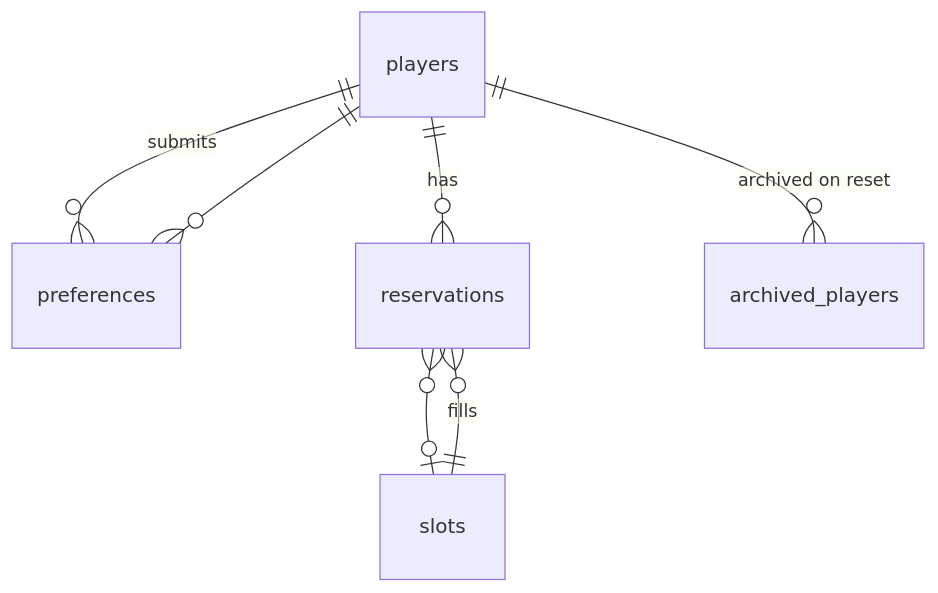
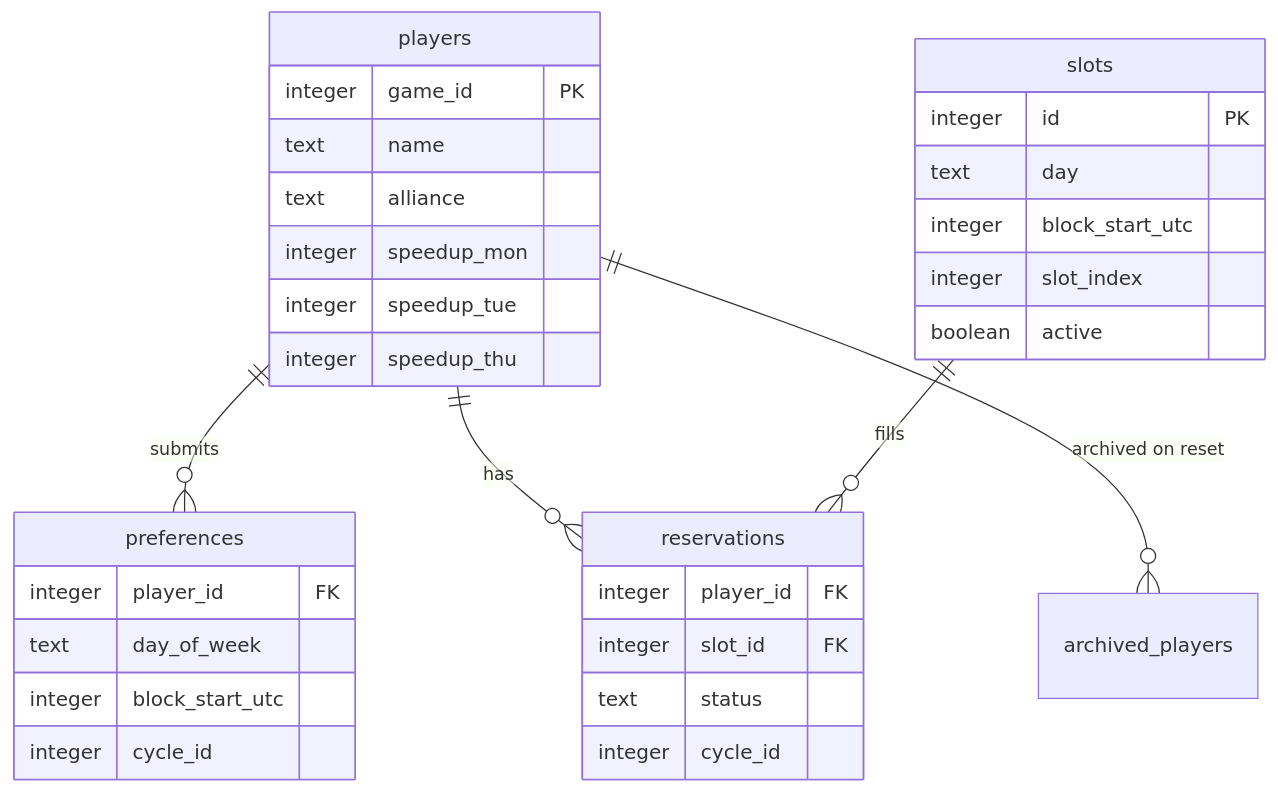
One commit to SxxM131/wos1234 changed the third of 7 diagrams in docs/RESERVATION_SYSTEM.md. Above: the diagram before and after it, drawn with Mermaid. The commit also changed other lines of this file and 2 other files, not shown here.

````diff
--- a/docs/RESERVATION_SYSTEM.md
+++ b/docs/RESERVATION_SYSTEM.md
@@ -171,9 +122,35 @@
 ```mermaid
 erDiagram
   players ||--o{ preferences : submits
   players ||--o{ reservations : has
   slots ||--o{ reservations : fills
-  preferences }o--|| players : ""
-  reservations }o--o| slots : ""
   players ||--o{ archived_players : "archived on reset"
+
+  players {
+    integer game_id PK
+    text name
+    text alliance
+    integer speedup_mon
+    integer speedup_tue
+    integer speedup_thu
+  }
+  preferences {
+    integer player_id FK
+    text day_of_week
+    integer block_start_utc
+    integer cycle_id
+  }
+  reservations {
+    integer player_id FK
+    integer slot_id FK
+    text status
+    integer cycle_id
+  }
+  slots {
+    integer id PK
+    text day
+    integer block_start_utc
+    integer slot_index
+    boolean active
+  }
 ```
````
